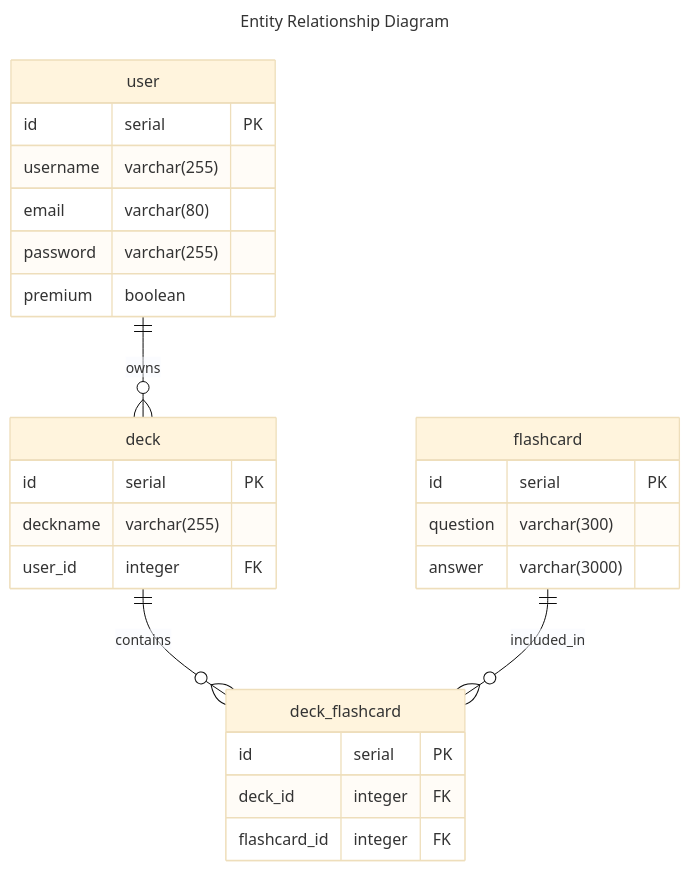
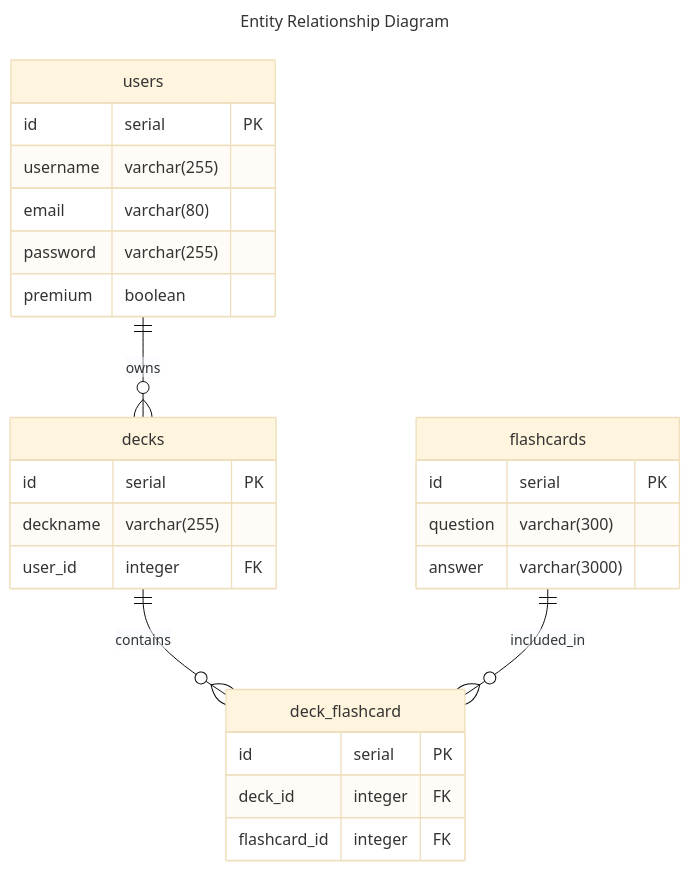
Before and after one commit to anthonymeadows/MVP: the second of 2 diagrams in README.md, drawn with Mermaid (base theme). The commit also changed other lines of this file and 12 other files, not shown here.

````diff
--- a/README.md
+++ b/README.md
@@ -21,33 +21,33 @@
 ```mermaid
 ---
 title: Entity Relationship Diagram
 ---
 
 erDiagram
-    user {
+    users {
         id serial PK
         username varchar(255)
         email varchar(80)
         password varchar(255)
         premium boolean
     }
-    deck {
+    decks {
         id serial PK
         deckname varchar(255)
         user_id integer FK
     }
-    flashcard {
+    flashcards {
         id serial PK
         question varchar(300)
         answer varchar(3000)
     }
     deck_flashcard {
         id serial PK
         deck_id integer FK
         flashcard_id integer FK
     }
 
-    user ||--o{ deck : owns
-    deck ||--o{ deck_flashcard : contains
-    flashcard ||--o{ deck_flashcard : included_in
+    users ||--o{ decks : owns
+    decks ||--o{ deck_flashcard : contains
+    flashcards ||--o{ deck_flashcard : included_in
 ```
````
